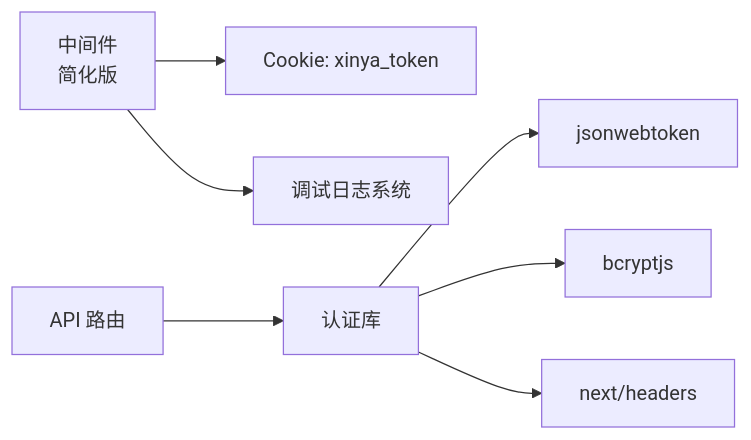
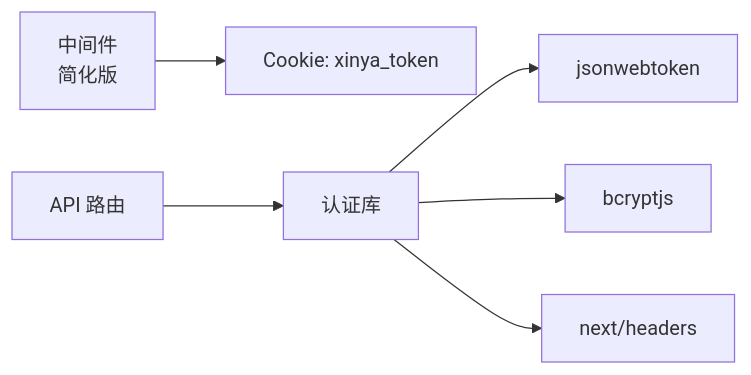
The seventh of 7 diagrams in .qoder/repowiki/zh/content/用户认证系统/认证中间件.md (kangkang919/xinya), drawn with Mermaid before and after one commit. The commit also changed other lines of this file and 35 other files, not shown here.

````diff
--- a/.qoder/repowiki/zh/content/用户认证系统/认证中间件.md
+++ b/.qoder/repowiki/zh/content/用户认证系统/认证中间件.md
@@ -336,9 +320,8 @@
 ```mermaid
 graph LR
 MW["中间件<br/>简化版"] --> C["Cookie: xinya_token"]
-MW --> DL["调试日志系统"]
 API["API 路由"] --> AL["认证库"]
 AL --> JWT["jsonwebtoken"]
 AL --> BC["bcryptjs"]
 AL --> H["next/headers"]
 ```
````
